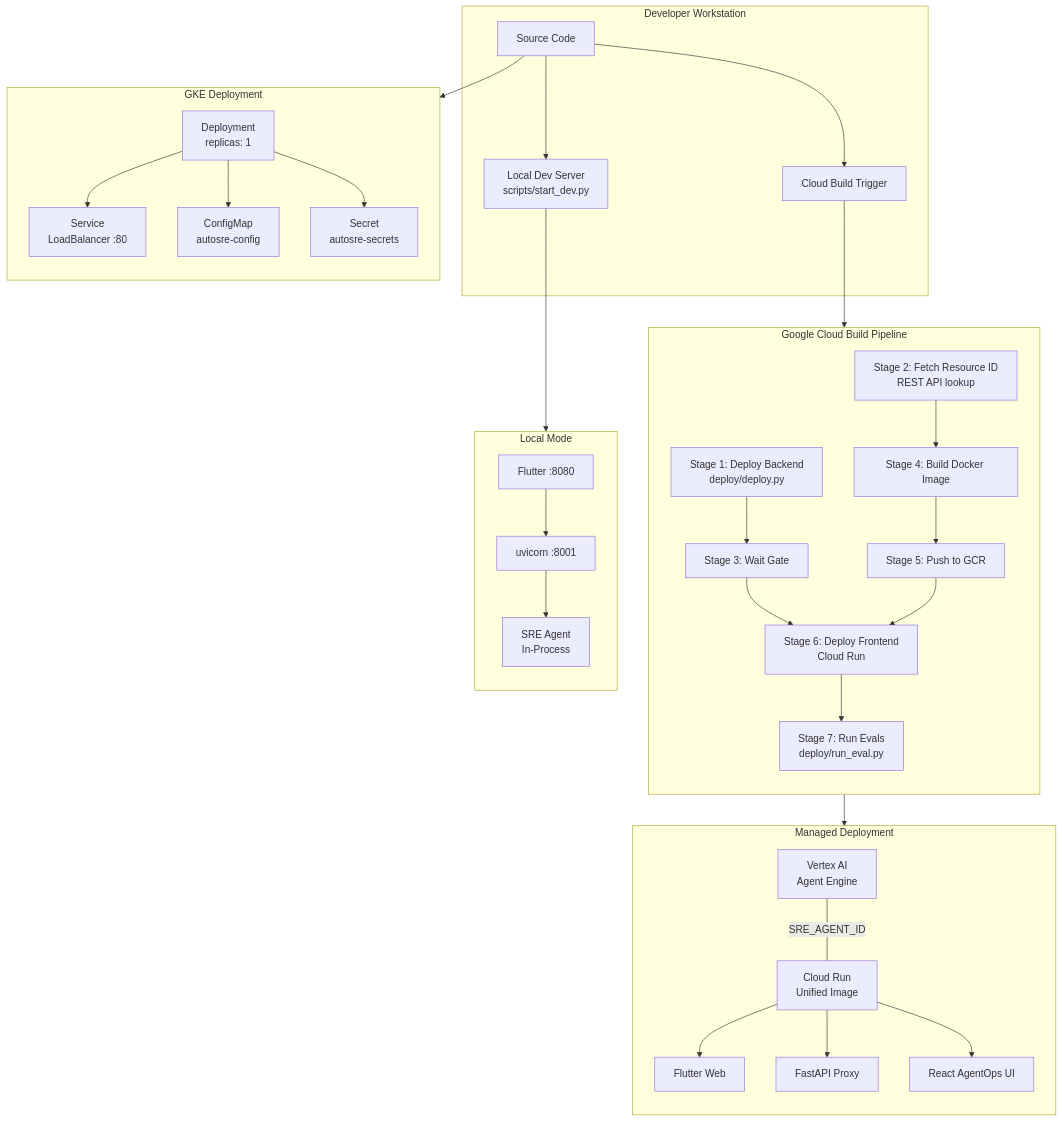
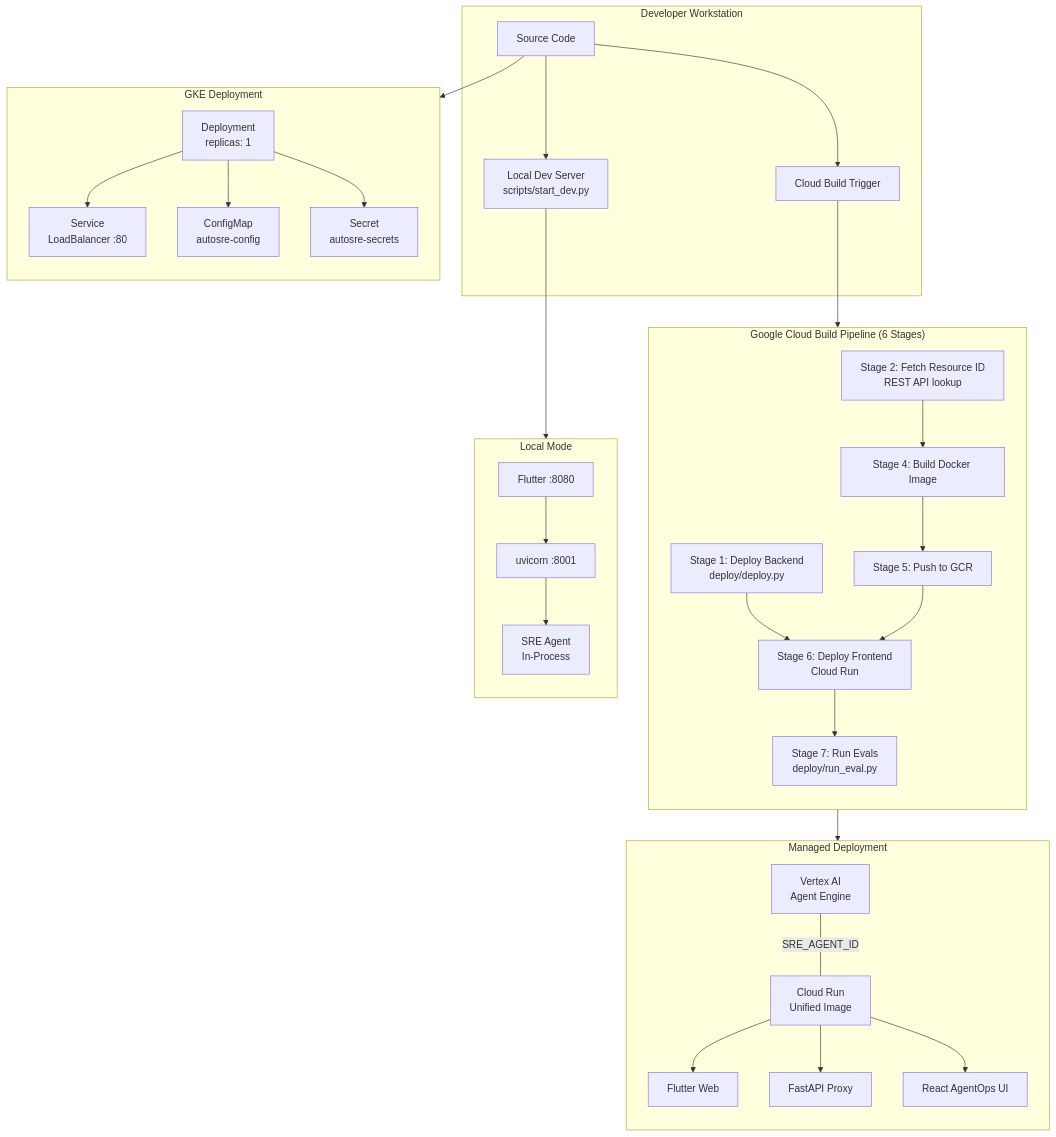
One commit to srtux/sre-agent changed the first of 3 diagrams in docs/components/deployment/README.md. Above: the diagram before and after it, drawn with Mermaid. The commit also changed other lines of this file and 12 other files, not shown here.

````diff
--- a/docs/components/deployment/README.md
+++ b/docs/components/deployment/README.md
@@ -19,43 +19,42 @@
 ```mermaid
 flowchart TB
     subgraph Dev["Developer Workstation"]
         Code[Source Code] --> CB[Cloud Build Trigger]
         Code --> Local[Local Dev Server<br/>scripts/start_dev.py]
     end
 
-    subgraph CloudBuild["Google Cloud Build Pipeline"]
+    subgraph CloudBuild["Google Cloud Build Pipeline (6 Stages)"]
         direction TB
-        S1[Stage 1: Deploy Backend<br/>deploy/deploy.py] --> S3[Stage 3: Wait Gate]
+        S1[Stage 1: Deploy Backend<br/>deploy/deploy.py] --> S6[Stage 6: Deploy Frontend<br/>Cloud Run]
         S2[Stage 2: Fetch Resource ID<br/>REST API lookup] --> S4[Stage 4: Build Docker Image]
-        S3 --> S6[Stage 6: Deploy Frontend<br/>Cloud Run]
         S4 --> S5[Stage 5: Push to GCR]
         S5 --> S6
         S6 --> S7[Stage 7: Run Evals<br/>deploy/run_eval.py]
     end
 
     subgraph Managed["Managed Deployment"]
         direction TB
         AE[Vertex AI<br/>Agent Engine] --- |"SRE_AGENT_ID"| CR[Cloud Run<br/>Unified Image]
         CR --> FW[Flutter Web]
         CR --> FA[FastAPI Proxy]
         CR --> RU[React AgentOps UI]
     end
 
     subgraph K8s["GKE Deployment"]
         direction TB
         DP[Deployment<br/>replicas: 1] --> SVC[Service<br/>LoadBalancer :80]
         DP --> CM[ConfigMap<br/>autosre-config]
         DP --> SEC[Secret<br/>autosre-secrets]
     end
 
     subgraph LocalMode["Local Mode"]
         direction TB
         UV[uvicorn :8001] --> AG[SRE Agent<br/>In-Process]
         FL[Flutter :8080] --> UV
     end
 
     CB --> CloudBuild
     CloudBuild --> Managed
     Code --> K8s
     Local --> LocalMode
 ```
````
